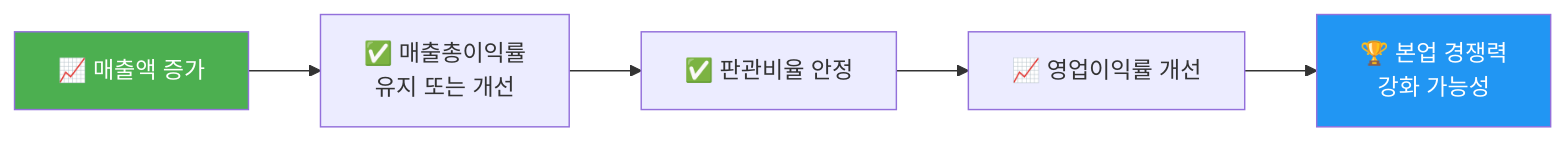
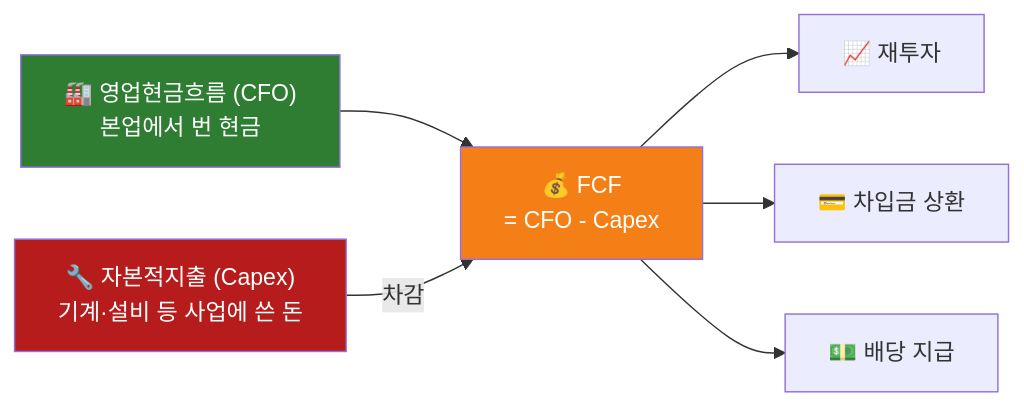
Before and after one commit to edumgt/python-quant: the third of 9 diagrams in docs/07.md, drawn with Mermaid. The commit also changed other lines of this file and 36 other files, not shown here.

````diff
--- a/docs/07.md
+++ b/docs/07.md
@@ -155,10 +273,19 @@
 ```mermaid
 flowchart LR
-    A["📈 매출액 증가"] --> B["✅ 매출총이익률\n유지 또는 개선"]
-    B --> C["✅ 판관비율 안정"]
-    C --> D["📈 영업이익률 개선"]
-    D --> E["🏆 본업 경쟁력\n강화 가능성"]
+    CFO["🏭 영업현금흐름 (CFO)\n본업에서 번 현금"]
+    CAP["🔧 자본적지출 (Capex)\n기계·설비 등 사업에 쓴 돈"]
+    FCF["💰 FCF\n= CFO - Capex"]
+    USE1["📈 재투자"]
+    USE2["💳 차입금 상환"]
+    USE3["💵 배당 지급"]
 
-    style A fill:#4CAF50,color:#fff
-    style E fill:#2196F3,color:#fff
+    CFO --> FCF
+    CAP -->|"차감"| FCF
+    FCF --> USE1
+    FCF --> USE2
+    FCF --> USE3
+
+    style CFO fill:#2E7D32,color:#fff
+    style FCF fill:#F57F17,color:#fff
+    style CAP fill:#B71C1C,color:#fff
 ```
````
